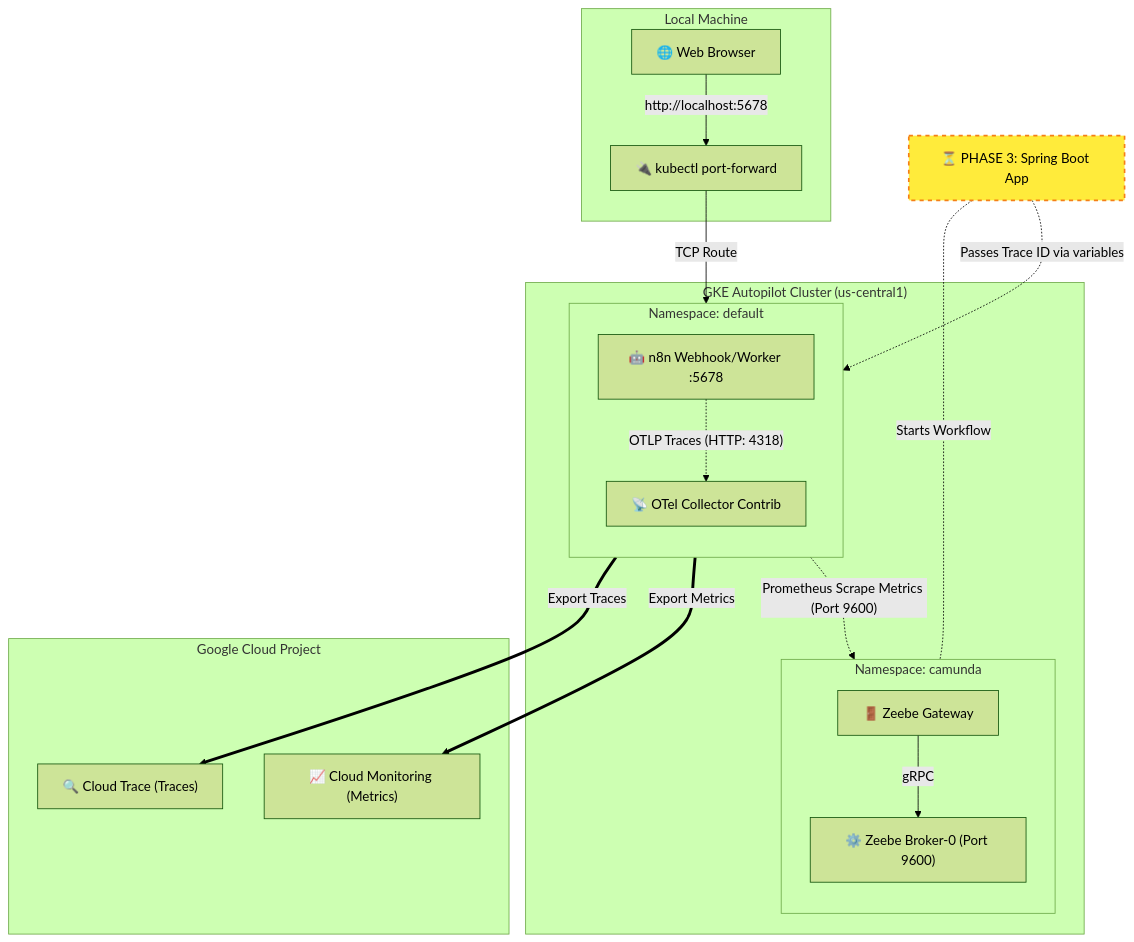
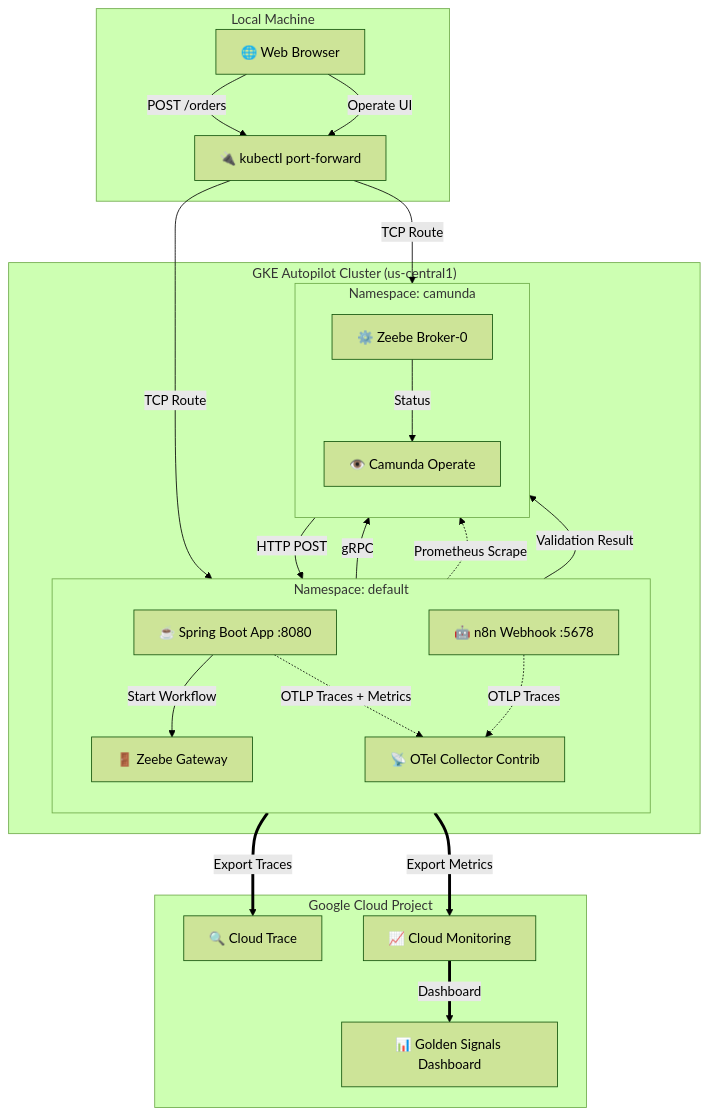
Before and after one commit to shawnshekari/hello-observability: the diagram in README.md, drawn with Mermaid (forest theme). The commit also changed other lines of this file and 2 other files, not shown here.

Commit message:
Add Operate and Spring Boot to OTel collector scrape config, enable Operate in Camunda

````diff
--- a/README.md
+++ b/README.md
@@ -9,51 +13,57 @@
 ```mermaid
 graph TB
     subgraph Local_Laptop ["Local Machine"]
         Browser["🌐 Web Browser"]
         PortForward["🔌 kubectl port-forward"]
     end
 
     subgraph GKE_Autopilot ["GKE Autopilot Cluster (us-central1)"]
-        
+
         subgraph NS_Default ["Namespace: default"]
             direction TB
-            n8n["🤖 n8n Webhook/Worker :5678"]
+            Spring["☕ Spring Boot App :8080"]
+            n8n["🤖 n8n Webhook :5678"]
             OTel["📡 OTel Collector Contrib"]
-            
-            %% Telemetry Flow
-            n8n -.->|"OTLP Traces (HTTP: 4318)"| OTel
+
+            %% Workflow Flow
+            Spring -->|"Start Workflow"| ZeebeGW
+            Spring -.->|"OTLP Traces + Metrics"| OTel
+            n8n -.->|"OTLP Traces"| OTel
         end
 
         subgraph NS_Camunda ["Namespace: camunda"]
             direction TB
             ZeebeGW["🚪 Zeebe Gateway"]
-            ZeebeBroker["⚙️ Zeebe Broker-0 (Port 9600)"]
-            
+            ZeebeBroker["⚙️ Zeebe Broker-0"]
+            Operate["👁️ Camunda Operate"]
+
             %% Internal Zeebe Flow
             ZeebeGW -->|"gRPC"| ZeebeBroker
+            ZeebeBroker -->|"Status"| Operate
         end
 
-        %% The Observability Scrape
-        OTel -.->|"Prometheus Scrape Metrics (Port 9600)"| ZeebeBroker
-
+        %% Telemetry Scrape
+        OTel -.->|"Prometheus Scrape"| ZeebeBroker
     end
 
     subgraph GCP ["Google Cloud Project"]
-        CloudTrace["🔍 Cloud Trace (Traces)"]
-        CloudMon["📈 Cloud Monitoring (Metrics)"]
+        CloudTrace["🔍 Cloud Trace"]
+        CloudMon["📈 Cloud Monitoring"]
+        Dashboard["📊 Golden Signals Dashboard"]
     end
 
+    %% Workflow Flow
+    ZeebeBroker -->|"HTTP POST"| n8n
+    n8n -->|"Validation Result"| ZeebeBroker
+
     %% User Interaction
-    Browser -->|"http://localhost:5678"| PortForward
-    PortForward -->|"TCP Route"| n8n
+    Browser -->|"POST /orders"| PortForward
+    PortForward -->|"TCP Route"| Spring
+    Browser -->|"Operate UI"| PortForward
+    PortForward -->|"TCP Route"| Operate
 
     %% Outbound Telemetry
     OTel ==>|"Export Traces"| CloudTrace
     OTel ==>|"Export Metrics"| CloudMon
-
-    %% The Missing Link (UPDATED COLOR FOR DARK MODE)
-    classDef missing fill:#ffeb3b,stroke:#f57f17,stroke-width:2px,stroke-dasharray: 5 5,color:#000000;
-    MissingLink["⏳ PHASE 3: Spring Boot App"]:::missing
-    MissingLink -.-|"Starts Workflow"| ZeebeGW
-    MissingLink -.->|"Passes Trace ID via variables"| n8n
+    CloudMon ==>|"Dashboard"| Dashboard
 ```
````
